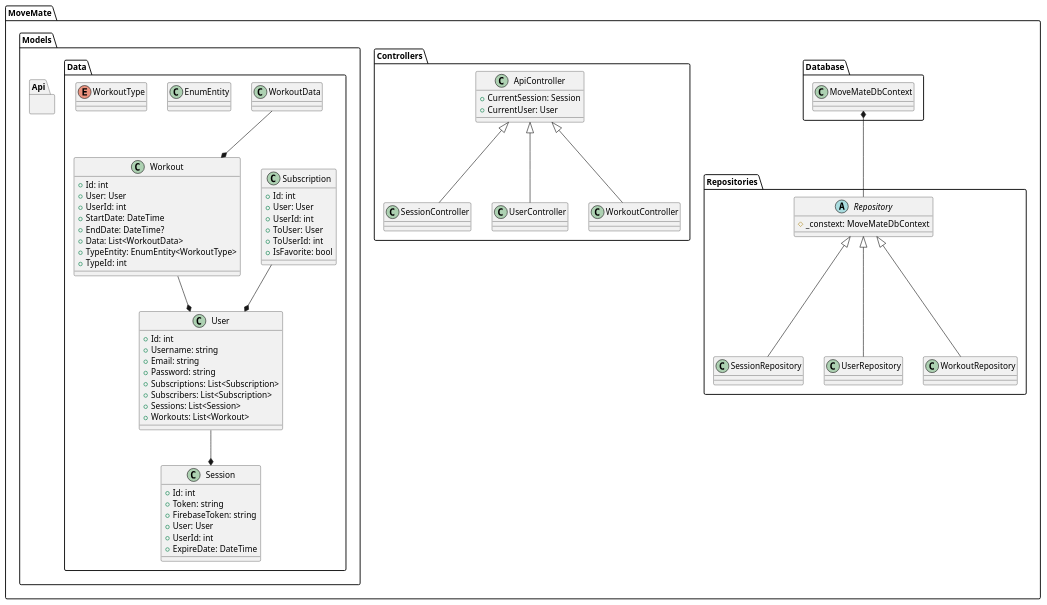
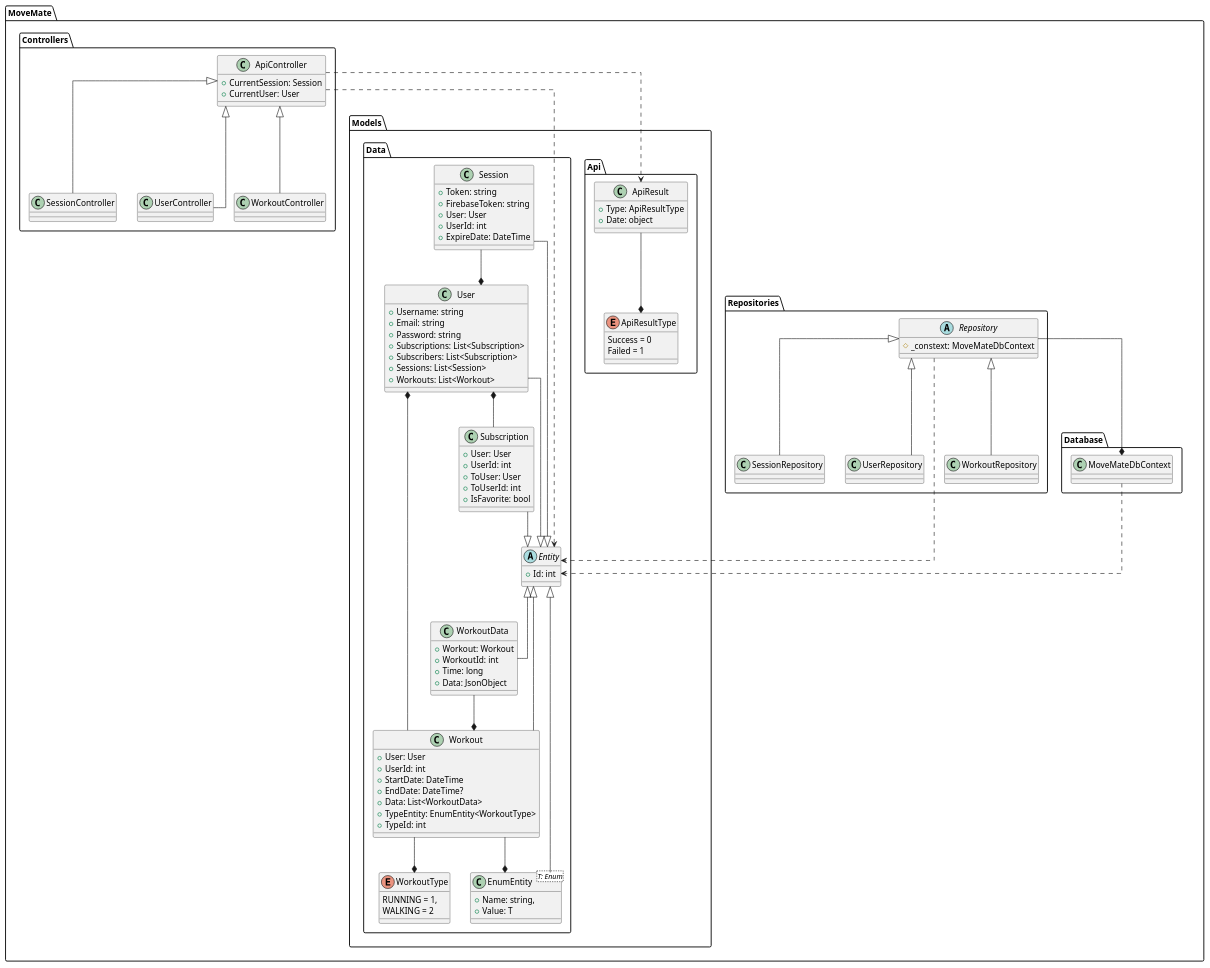
The diagram in Diagrams/ClassDiagram.plantuml (johnnybakker/MoveMateWebApi), drawn with PlantUML before and after one commit.

Commit message:
Updated class diagram

```diff
--- a/Diagrams/ClassDiagram.plantuml
+++ b/Diagrams/ClassDiagram.plantuml
@@ -1,110 +1,159 @@
 @startuml Class diagram MoveMateApi
+
+	skinparam linetype polyline
+	skinparam linetype ortho
 
 	namespace MoveMate {
 
 		namespace Database {
 			class MoveMateDbContext
 		}
 		
 		namespace Repositories {
 			abstract Repository {
 				#_constext: MoveMateDbContext
 			}
 
 			class SessionRepository
 			class UserRepository
 			class WorkoutRepository
+
+			Repository <|-- UserRepository
+			Repository <|-- WorkoutRepository
+			Repository <|-- SessionRepository
 		}
-
+		
 		namespace Controllers {
 
 			class ApiController {
 				+CurrentSession: Session
 				+CurrentUser: User
 			}
 
 			class SessionController
 			class UserController
 			class WorkoutController
+
+			ApiController <|-- SessionController
+			ApiController <|-- UserController
+			ApiController <|-- WorkoutController
 		}
 
 		namespace Models {
 
 			namespace Api {
 
+				class ApiResult {
+					+Type: ApiResultType
+					+Date: object
+				}
 
+				enum ApiResultType {
+					Success = 0
+					Failed = 1
+				}
 
+				ApiResult --* ApiResultType
 			}
 
 			namespace Data {
 
 				class Session {
-					+Id: int
 					+Token: string
 					+FirebaseToken: string
 					+User: User
 					+UserId: int
 					+ExpireDate: DateTime
 				}
 
 				class Subscription {
-					+Id: int
 					+User: User
 					+UserId: int
 					+ToUser: User
 					+ToUserId: int
 					+IsFavorite: bool
 				}
 
 				class User {		
-					+Id: int
 					+Username: string
 					+Email: string
 					+Password: string
 					+Subscriptions: List<Subscription>
 				 	+Subscribers: List<Subscription>
 					+Sessions: List<Session>
 					+Workouts: List<Workout> 
 				}
 
+				User --|> Entity
+				Session --|> Entity
+				Subscription --|> Entity
+
+
+				Session --* User 
+				User *-- Subscription
+				Workout --* User
+
+				abstract Entity {
+					+Id: int
+				}
+
+				class EnumEntity<T: Enum> {
+					+Name: string,
+					+Value: T
+				}
+
 				class Workout {
-					+Id: int
 					+User: User
 					+UserId: int
 					+StartDate: DateTime
 					+EndDate: DateTime?
 					+Data: List<WorkoutData>
 					+TypeEntity: EnumEntity<WorkoutType>
 					+TypeId: int
 				}
 				
-				class WorkoutData
-				class EnumEntity
+				class WorkoutData {
+					+Workout: Workout
+					+WorkoutId: int
+					+Time: long
+					+Data: JsonObject
+				}
 
-				enum WorkoutType
+				enum WorkoutType {
+					RUNNING = 1,
+					WALKING = 2
+				}
 
-				Subscription --* User
-				Workout --* User
+				Workout --* WorkoutType 
+				Entity <|-- EnumEntity
+				Entity <|-- Workout
+				Entity <|-- WorkoutData
+	
+
+		
+				Workout --* EnumEntity
 				WorkoutData --* Workout
-				User --* Session
+
+
 
 			}
 
 		}
-
 	}
 
-	MoveMate.Controllers.ApiController <|-- MoveMate.Controllers.SessionController
-	MoveMate.Controllers.ApiController <|-- MoveMate.Controllers.UserController
-	MoveMate.Controllers.ApiController <|-- MoveMate.Controllers.WorkoutController
+	MoveMate.Repositories.Repository --* MoveMate.Database.MoveMateDbContext 
+	MoveMate.Controllers.ApiController ..> MoveMate.Models.Api.ApiResult
+	MoveMate.Controllers.ApiController ..> MoveMate.Models.Data.Entity
+	MoveMate.Repositories.Repository ..> MoveMate.Models.Data.Entity
+	MoveMate.Database.MoveMateDbContext ..> MoveMate.Models.Data.Entity
 
+	' MoveMate.Database.MoveMateDbContext ..> MoveMate.Models.Data.User
+	' MoveMate.Database.MoveMateDbContext ..> MoveMate.Models.Data.Session
+	' MoveMate.Database.MoveMateDbContext ..> MoveMate.Models.Data.Subscription
+	' MoveMate.Database.MoveMateDbContext ..> MoveMate.Models.Data.Workout
+	' MoveMate.Database.MoveMateDbContext ..> MoveMate.Models.Data.WorkoutData
+	' MoveMate.Database.MoveMateDbContext ..> MoveMate.Models.Data.EnumEntity
 
-	MoveMate.Database.MoveMateDbContext *-- MoveMate.Repositories.Repository
-	MoveMate.Repositories.Repository <|-- MoveMate.Repositories.UserRepository
-	MoveMate.Repositories.Repository <|-- MoveMate.Repositories.WorkoutRepository
-	MoveMate.Repositories.Repository <|-- MoveMate.Repositories.SessionRepository
-
-
-
+	' MoveMate.Repositories.UserRepository ..> MoveMate.Models.Data.User
 
 @enduml
```
